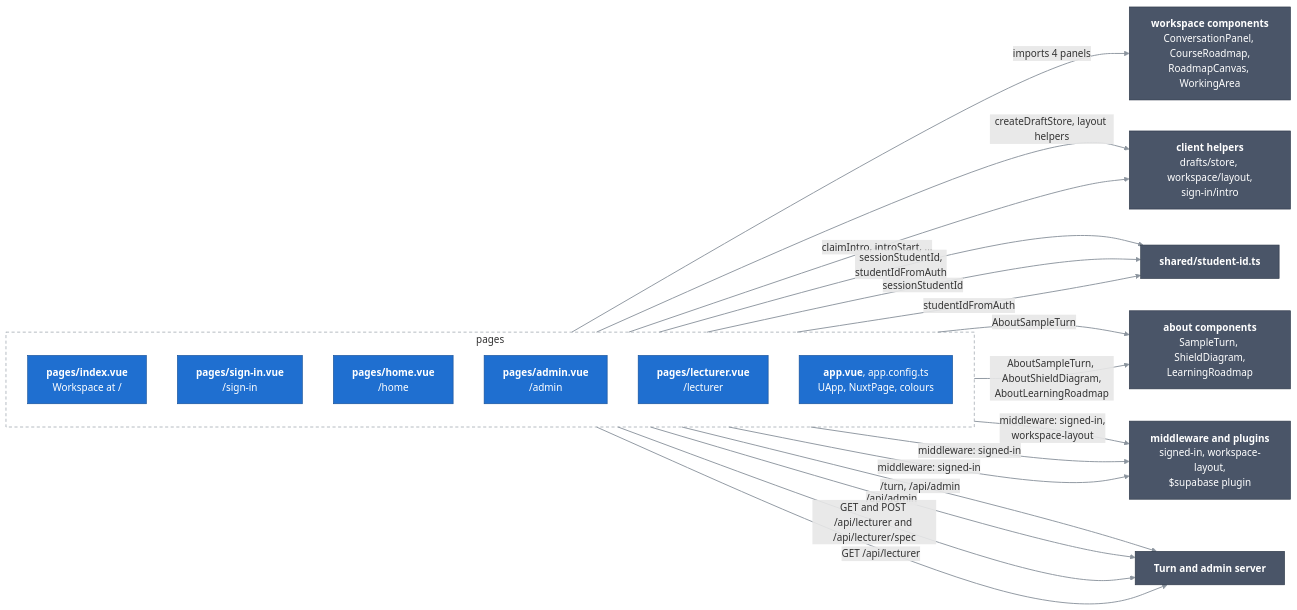
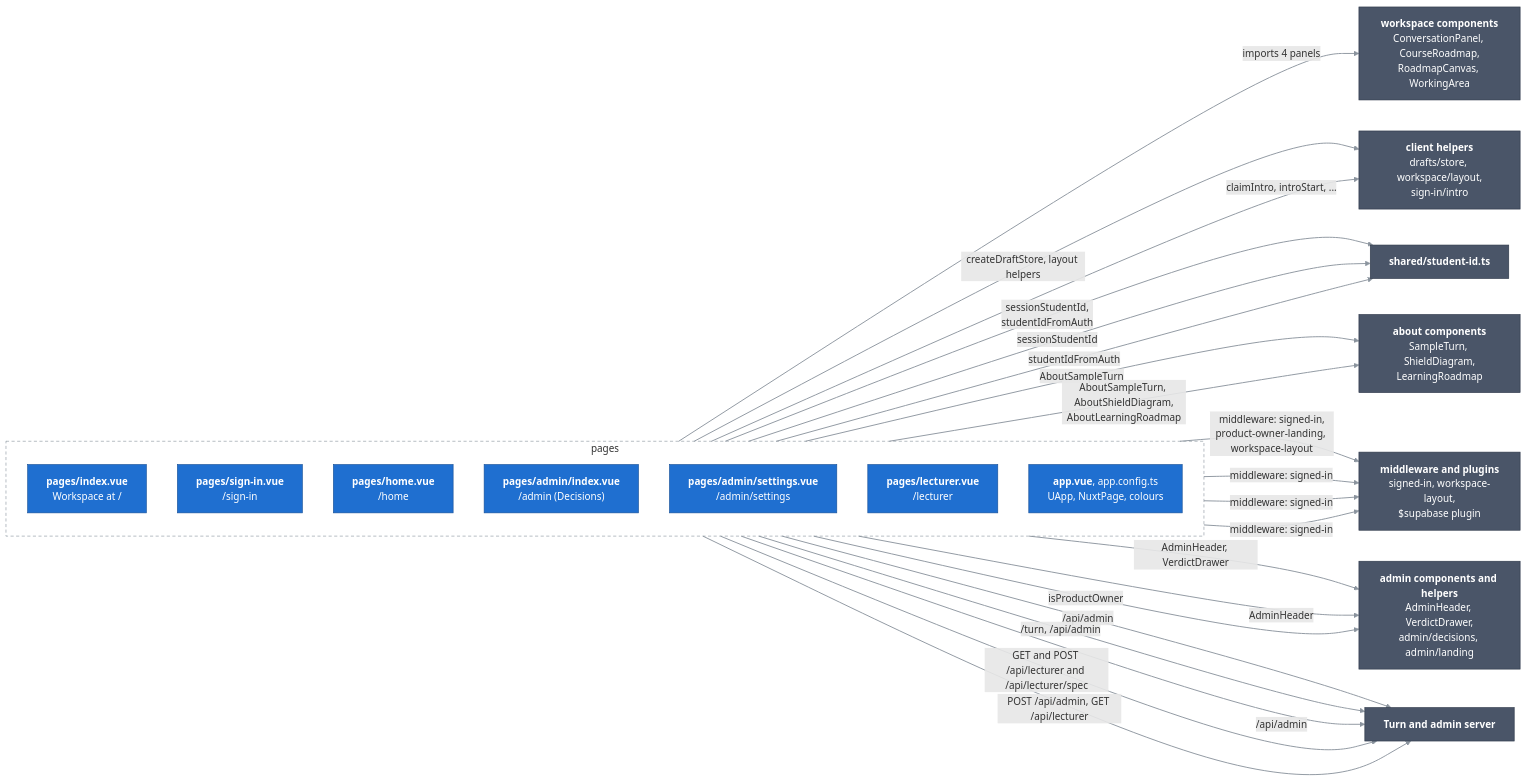
The diagram in docs/c4/03-components/web-app/01-pages.md (Bill2926/COS40005_HN9_Verifiable_Co-Learner_Agent), drawn with Mermaid before and after one commit. The commit also changed other lines of this file and 26 other files, not shown here.

First line of the commit message:
Admin: Decisions and Settings pages, product owner landing, verdict drawer with rule checks (#172)

````diff
--- a/docs/c4/03-components/web-app/01-pages.md
+++ b/docs/c4/03-components/web-app/01-pages.md
@@ -10,41 +10,48 @@
 ```mermaid
 flowchart LR
   classDef comp fill:#1f6fd0,stroke:#164f96,color:#ffffff
   classDef near fill:#4a5568,stroke:#2d3748,color:#ffffff
   linkStyle default stroke:#8b949e,stroke-width:1.5px
 
   subgraph pages["pages"]
     direction TB
     index["<b>pages/index.vue</b><br/>Workspace at /"]:::comp
     signin["<b>pages/sign-in.vue</b><br/>/sign-in"]:::comp
     home["<b>pages/home.vue</b><br/>/home"]:::comp
-    admin["<b>pages/admin.vue</b><br/>/admin"]:::comp
+    admin["<b>pages/admin/index.vue</b><br/>/admin (Decisions)"]:::comp
+    settings["<b>pages/admin/settings.vue</b><br/>/admin/settings"]:::comp
     lecturer["<b>pages/lecturer.vue</b><br/>/lecturer"]:::comp
     shell["<b>app.vue</b>, app.config.ts<br/>UApp, NuxtPage, colours"]:::comp
   end
 
   panels["<b>workspace components</b><br/>ConversationPanel, CourseRoadmap,<br/>RoadmapCanvas, WorkingArea"]:::near
   helpers["<b>client helpers</b><br/>drafts/store, workspace/layout,<br/>sign-in/intro"]:::near
   studentId["<b>shared/student-id.ts</b>"]:::near
   aboutParts["<b>about components</b><br/>SampleTurn, ShieldDiagram,<br/>LearningRoadmap"]:::near
   mw["<b>middleware and plugins</b><br/>signed-in, workspace-layout,<br/>$supabase plugin"]:::near
   server["<b>Turn and admin server</b>"]:::near
+  adminParts["<b>admin components and helpers</b><br/>AdminHeader, VerdictDrawer,<br/>admin/decisions, admin/landing"]:::near
 
   index -->|"imports 4 panels"| panels
   index -->|"createDraftStore, layout helpers"| helpers
   signin -->|"claimIntro, introStart, ..."| helpers
   index -->|"sessionStudentId,<br/>studentIdFromAuth"| studentId
   signin -->|"sessionStudentId"| studentId
   home -->|"studentIdFromAuth"| studentId
   signin ==>|"AboutSampleTurn"| aboutParts
   home ==>|"AboutSampleTurn, AboutShieldDiagram,<br/>AboutLearningRoadmap"| aboutParts
-  index ==>|"middleware: signed-in,<br/>workspace-layout"| mw
+  index ==>|"middleware: signed-in,<br/>product-owner-landing, workspace-layout"| mw
   admin ==>|"middleware: signed-in"| mw
+  settings ==>|"middleware: signed-in"| mw
+  admin -->|"AdminHeader, VerdictDrawer"| adminParts
+  settings -->|"AdminHeader"| adminParts
+  signin -->|"isProductOwner"| adminParts
+  settings ==>|"/api/admin"| server
   index ==>|"/turn, /api/admin"| server
   admin ==>|"/api/admin"| server
   lecturer ==>|"middleware: signed-in"| mw
   lecturer ==>|"GET and POST /api/lecturer and /api/lecturer/spec"| server
-  signin ==>|"GET /api/lecturer"| server
+  signin ==>|"POST /api/admin, GET /api/lecturer"| server
 
   style pages fill:none,stroke:#8b949e,stroke-dasharray:5 4
 ```
````
